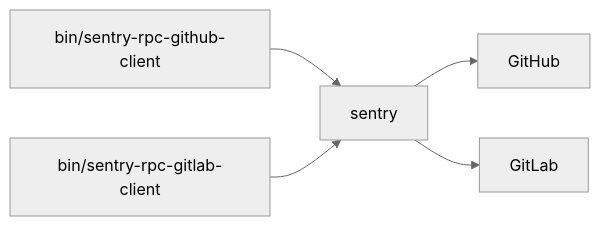
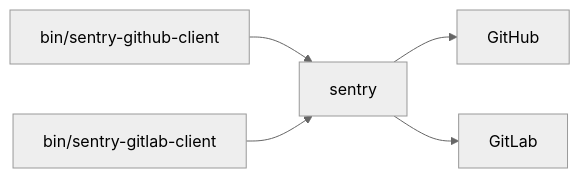
One commit to getsentry/scm-platform changed the second of 2 diagrams in README.md. Above: the diagram before and after it, drawn with Mermaid (neutral theme). The commit also changed other lines of this file and 7 other files, not shown here.

````diff
--- a/README.md
+++ b/README.md
@@ -95,7 +67,7 @@
 ```mermaid
 flowchart LR
-    bin/sentry-rpc-github-client --> sentry
-    bin/sentry-rpc-gitlab-client --> sentry
+    bin/sentry-github-client --> sentry
+    bin/sentry-gitlab-client --> sentry
     sentry --> GitHub
     sentry --> GitLab
 ```
````
